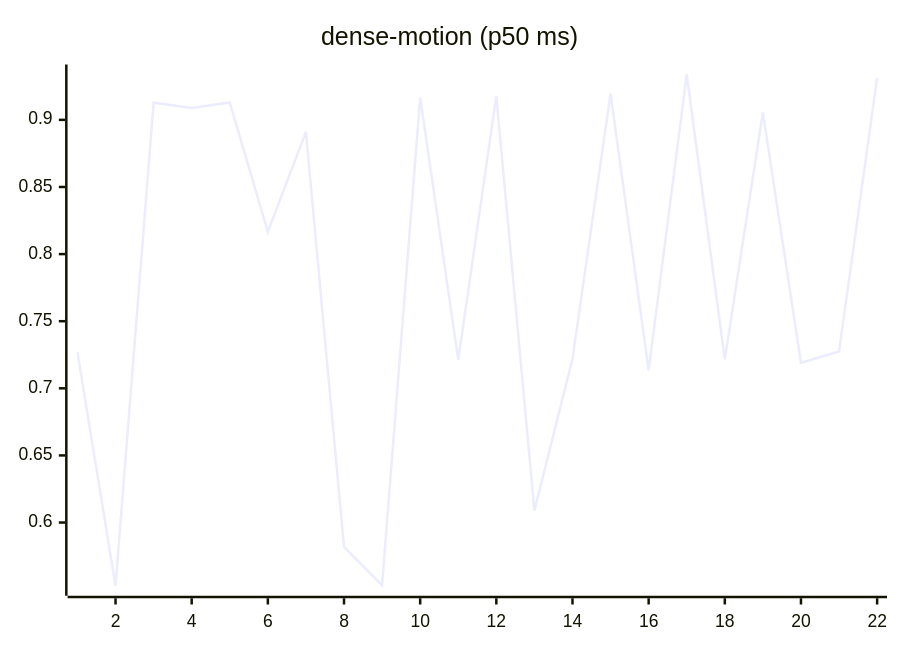
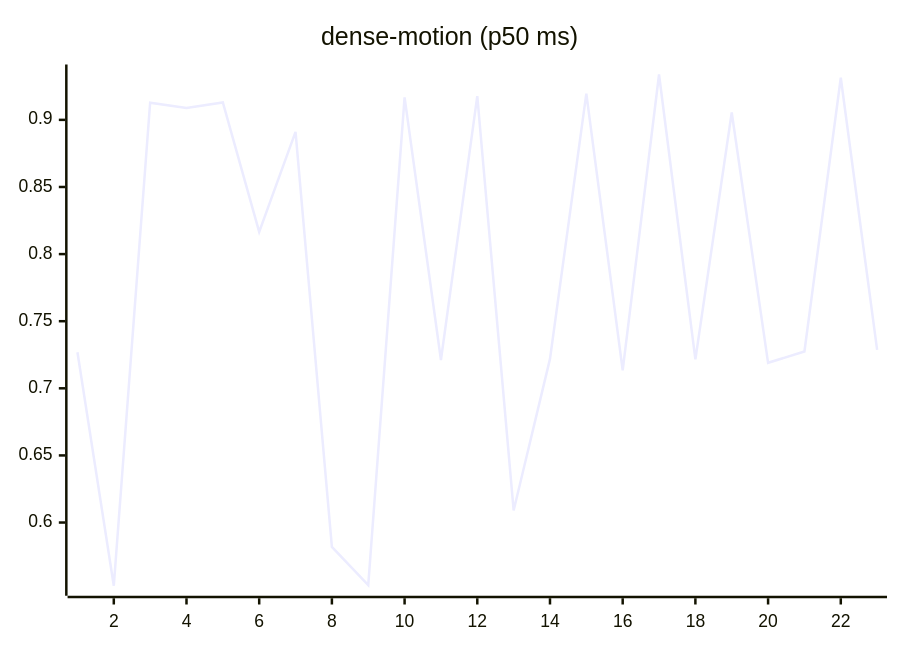
The ninth of 27 diagrams in README.md (josha/Facet), drawn with Mermaid before and after one commit. The commit also changed other lines of this file and 2 other files, not shown here.

````diff
--- a/README.md
+++ b/README.md
@@ -119,6 +119,6 @@
 ```mermaid
 xychart-beta
     title "dense-motion (p50 ms)"
-    x-axis 1 --> 22
-    line [0.7269, 0.5529, 0.9128, 0.9089, 0.9130, 0.8166, 0.8911, 0.5818, 0.5534, 0.9168, 0.7211, 0.9177, 0.6090, 0.7219, 0.9196, 0.7134, 0.9338, 0.7216, 0.9055, 0.7190, 0.7274, 0.9314]
+    x-axis 1 --> 23
+    line [0.7269, 0.5529, 0.9128, 0.9089, 0.9130, 0.8166, 0.8911, 0.5818, 0.5534, 0.9168, 0.7211, 0.9177, 0.6090, 0.7219, 0.9196, 0.7134, 0.9338, 0.7216, 0.9055, 0.7190, 0.7274, 0.9314, 0.7286]
 ```
````
